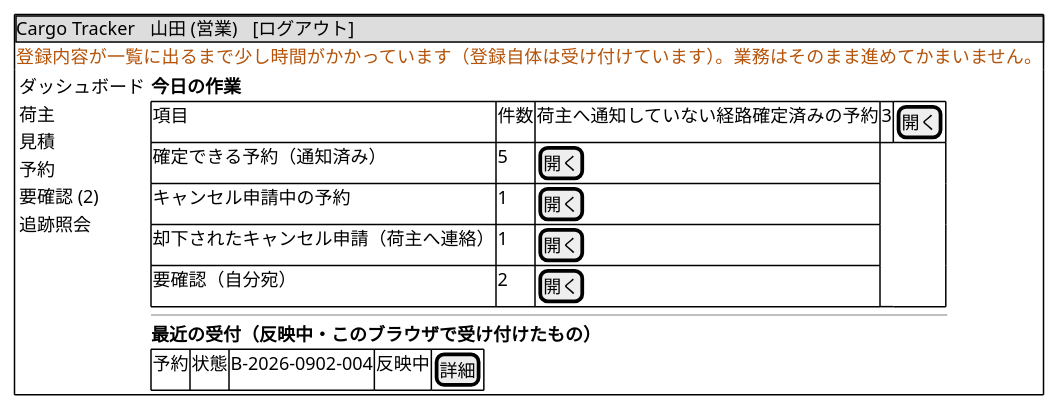
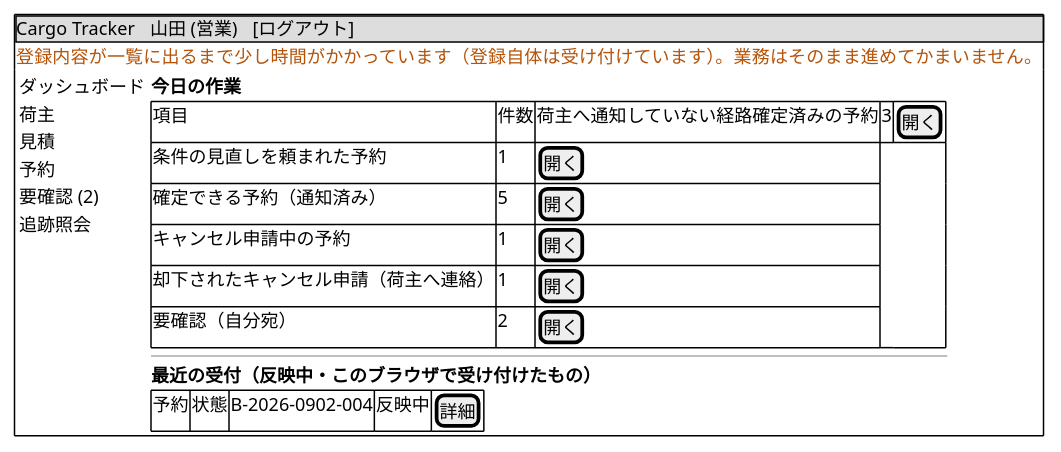
One commit to k2works/case-study-cargo-tracker changed the tenth of 32 diagrams in docs/design/cargo-tracker/ui_design.md. Above: the diagram before and after it, drawn with PlantUML. The commit also changed other lines of this file and 3 other files, not shown here.

````diff
--- a/docs/design/cargo-tracker/ui_design.md
+++ b/docs/design/cargo-tracker/ui_design.md
@@ -543,34 +543,35 @@
 ```plantuml
 @startsalt
 {+
   {* Cargo Tracker | 山田 (営業) | [ログアウト] }
   <color:#B45309>登録内容が一覧に出るまで少し時間がかかっています（登録自体は受け付けています）。業務はそのまま進めてかまいません。</color>
   {
     { ダッシュボード
       荷主
       見積
       予約
       要確認 (2)
       追跡照会
     } |
     {
       <b>今日の作業
       {#
         項目 | 件数 |
         荷主へ通知していない経路確定済みの予約 | 3 | [開く]
+        条件の見直しを頼まれた予約 | 1 | [開く]
         確定できる予約（通知済み） | 5 | [開く]
         キャンセル申請中の予約 | 1 | [開く]
         却下されたキャンセル申請（荷主へ連絡） | 1 | [開く]
         要確認（自分宛） | 2 | [開く]
       }
       ---
       <b>最近の受付（反映中・このブラウザで受け付けたもの）
       {#
         予約 | 状態 |
         B-2026-0902-004 | 反映中 | [詳細]
       }
     }
   }
 }
 @endsalt
 ```
````
